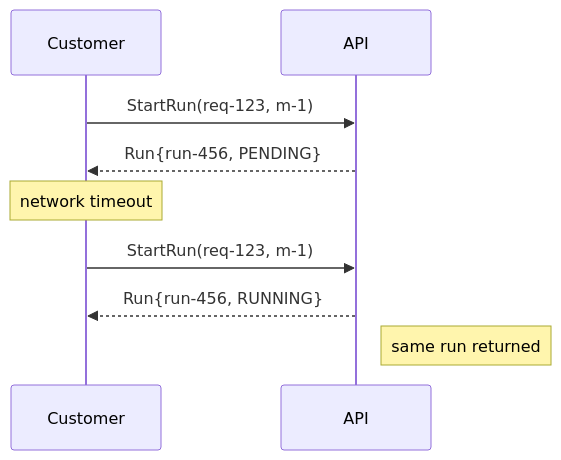
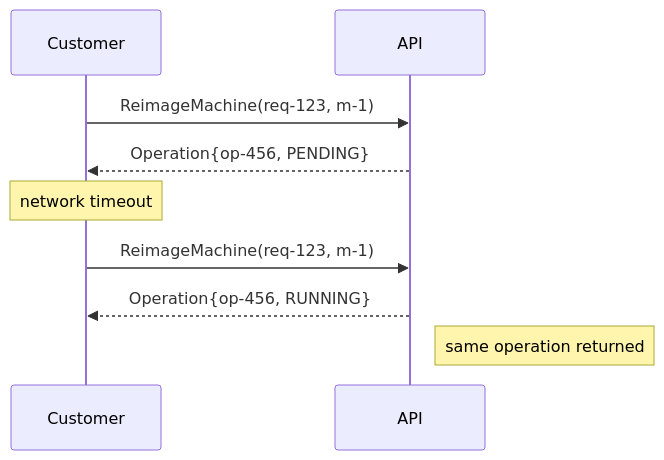
The third of 4 diagrams in docs/baremetal-api-v1.md (vpatelsj/stargate), drawn with Mermaid before and after one commit. The commit also changed other lines of this file and 7 other files, not shown here.

````diff
--- a/docs/baremetal-api-v1.md
+++ b/docs/baremetal-api-v1.md
@@ -228,12 +164,12 @@
 ```mermaid
 sequenceDiagram
     participant C as Customer
     participant A as API
 
-    C->>A: StartRun(req-123, m-1)
-    A-->>C: Run{run-456, PENDING}
+    C->>A: ReimageMachine(req-123, m-1)
+    A-->>C: Operation{op-456, PENDING}
     Note over C: network timeout
-    C->>A: StartRun(req-123, m-1)
-    A-->>C: Run{run-456, RUNNING}
-    Note right of A: same run returned
+    C->>A: ReimageMachine(req-123, m-1)
+    A-->>C: Operation{op-456, RUNNING}
+    Note right of A: same operation returned
 ```
````
